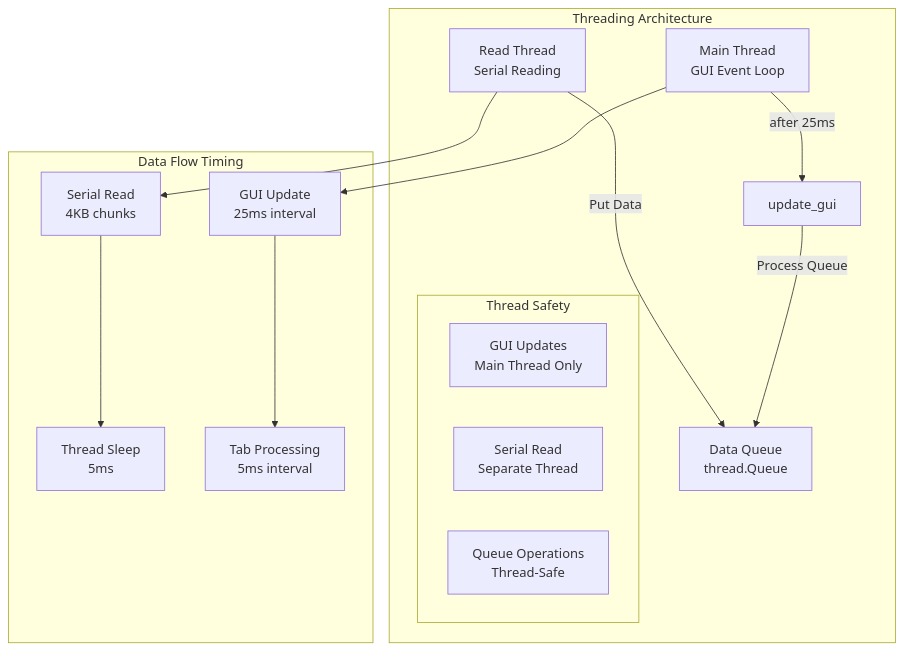
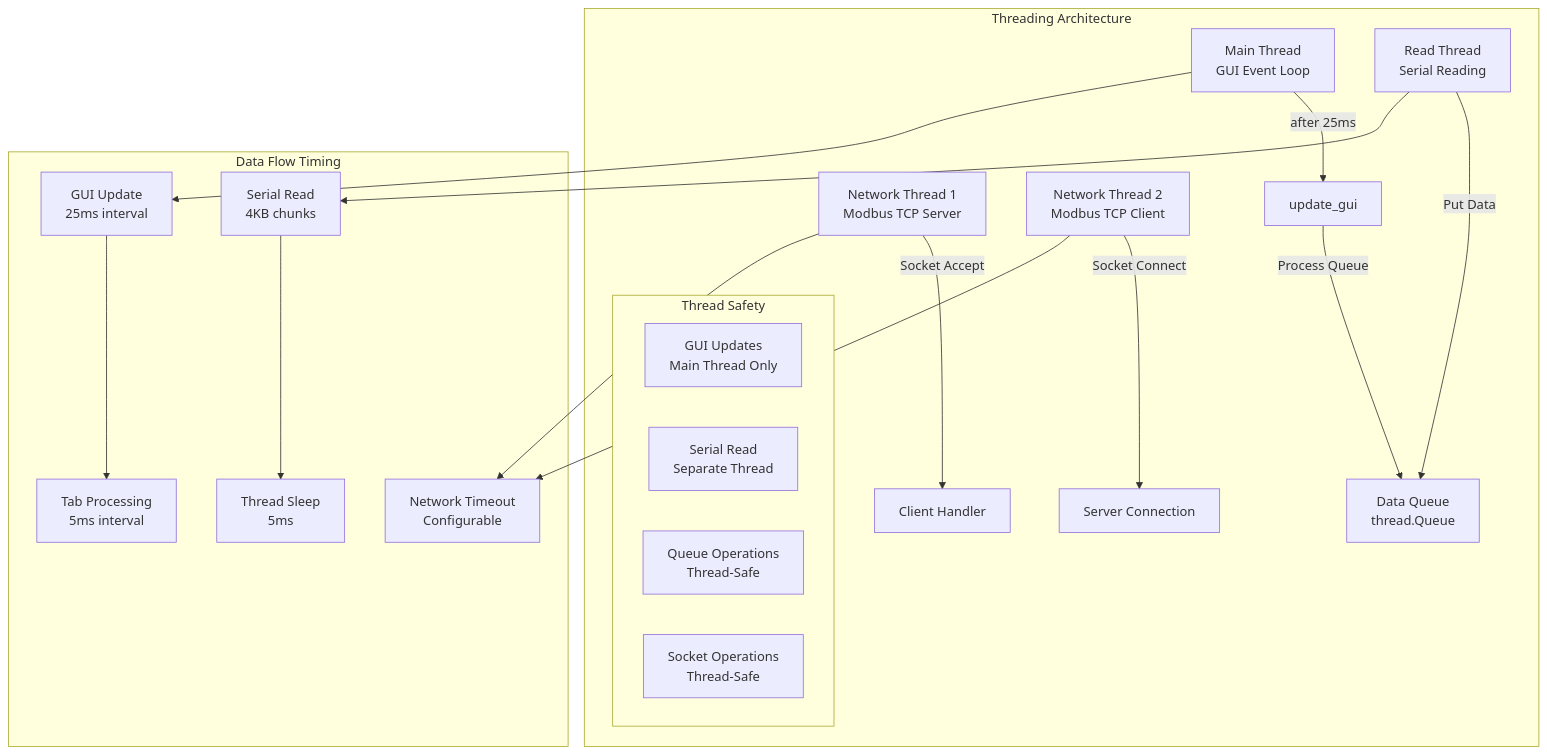
The fourth of 5 diagrams in README.md (BangNguyenSJSU/SerialCOM_Tool), drawn with Mermaid before and after one commit. The commit also changed other lines of this file and 1 other file, not shown here.

First line of the commit message:
Update README with Modbus TCP and detailed usage guide

````diff
--- a/README.md
+++ b/README.md
@@ -211,30 +483,38 @@
 ```mermaid
 graph TD
     subgraph "Threading Architecture"
         MT[Main Thread<br/>GUI Event Loop]
         RT[Read Thread<br/>Serial Reading]
         DQ[Data Queue<br/>thread.Queue]
+        NT1[Network Thread 1<br/>Modbus TCP Server]
+        NT2[Network Thread 2<br/>Modbus TCP Client]
         
         MT -->|after 25ms| UPDATE[update_gui]
         UPDATE -->|Process Queue| DQ
         RT -->|Put Data| DQ
+        NT1 -->|Socket Accept| CLIENT[Client Handler]
+        NT2 -->|Socket Connect| SERVER[Server Connection]
         
         subgraph "Thread Safety"
             TS1[GUI Updates<br/>Main Thread Only]
             TS2[Serial Read<br/>Separate Thread]
             TS3[Queue Operations<br/>Thread-Safe]
+            TS4[Socket Operations<br/>Thread-Safe]
         end
     end
     
     subgraph "Data Flow Timing"
         R1[Serial Read<br/>4KB chunks]
         R2[Thread Sleep<br/>5ms]
         G1[GUI Update<br/>25ms interval]
         T1[Tab Processing<br/>5ms interval]
+        N1[Network Timeout<br/>Configurable]
     end
     
     RT --> R1
     R1 --> R2
     MT --> G1
     G1 --> T1
+    NT1 --> N1
+    NT2 --> N1
 ```
````
